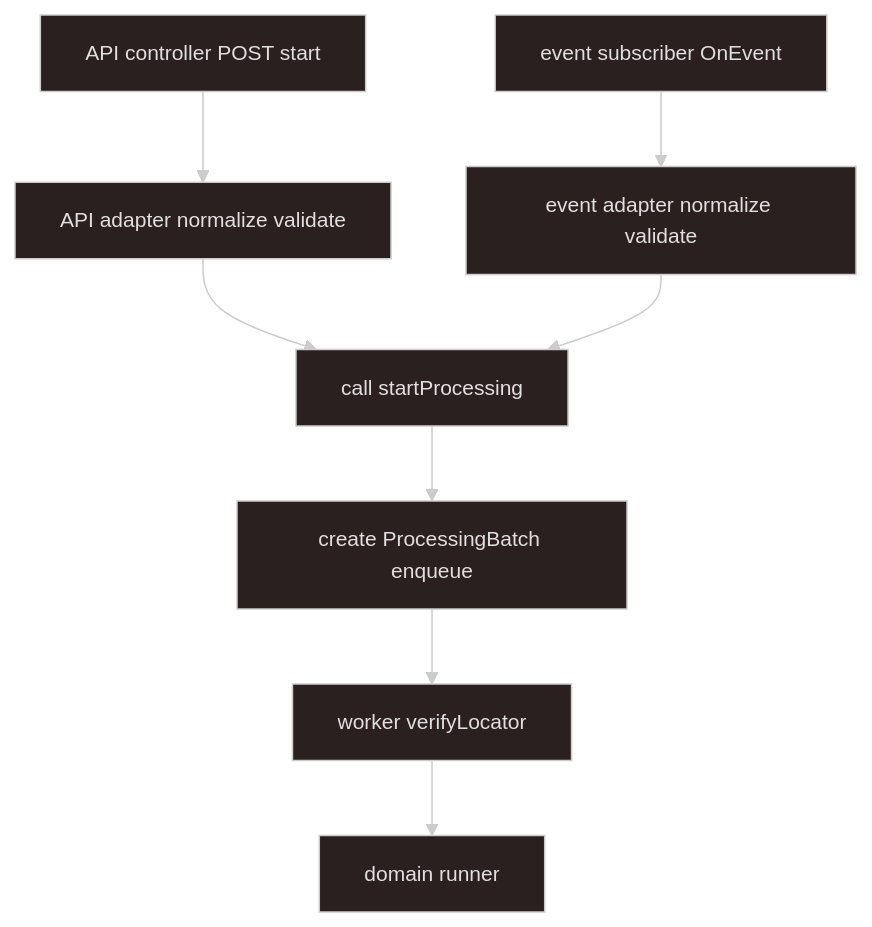
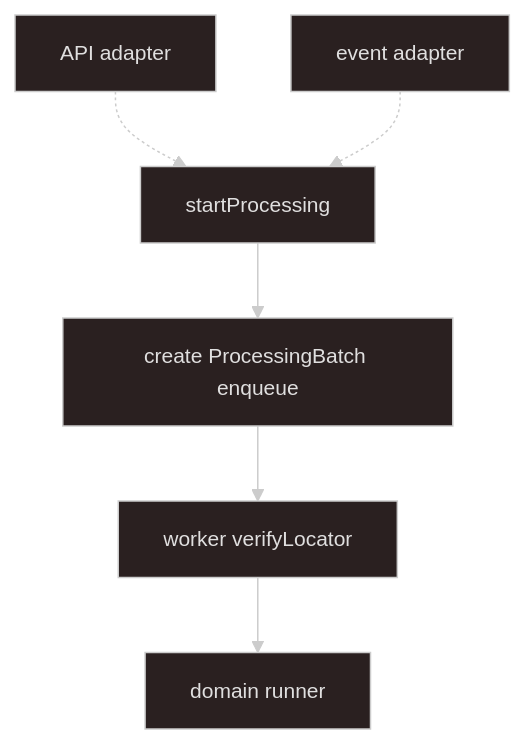
Before and after one commit to kyung-lee-official/turborepo-sandbox: the diagram in .cursor/skills/async-processing/SKILL.md, drawn with Mermaid. The commit also changed other lines of this file, not shown here.

First line of the commit message:
docs: clarify async-processing skill boundary at startProcessing

````diff
--- a/.cursor/skills/async-processing/SKILL.md
+++ b/.cursor/skills/async-processing/SKILL.md
@@ -27,23 +25,19 @@
 ```mermaid
 ---
 config:
   theme: neo-dark
 ---
 flowchart TD
-  apiCtrl["API controller POST start"]
-  eventSub["event subscriber OnEvent"]
-  apiAdp["API adapter normalize validate"]
-  eventAdp["event adapter normalize validate"]
-  start["call startProcessing"]
+  apiAdp["API adapter"]
+  eventAdp["event adapter"]
+  start["startProcessing"]
   batch["create ProcessingBatch enqueue"]
   worker["worker verifyLocator"]
   domain["domain runner"]
 
-  apiCtrl --> apiAdp
-  eventSub --> eventAdp
-  apiAdp --> start
-  eventAdp --> start
+  apiAdp -.-> start
+  eventAdp -.-> start
   start --> batch
   batch --> worker
   worker --> domain
 ```
````
